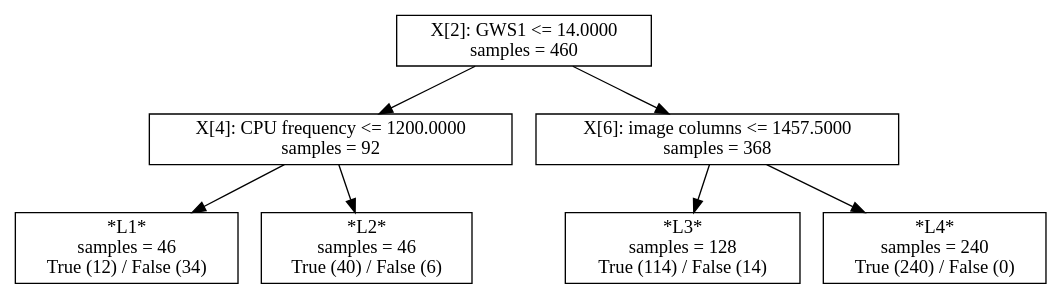
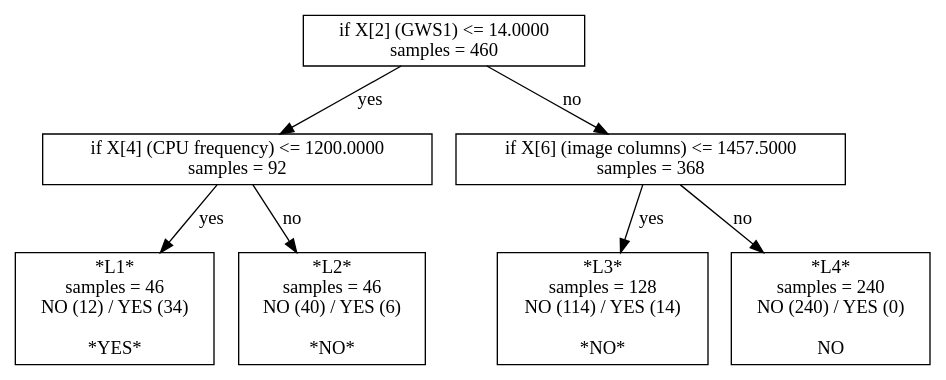
Before and after one commit to ctuning/reproduce-ck-paper-large-experiments: the diagram in script/reproduce-hog-modeling/t628-second-set-of-features-depth2/model-sklearn-dtc.model.dot, drawn with Graphviz. The commit also changed 199 other files, not shown here.

```diff
--- a/script/reproduce-hog-modeling/t628-second-set-of-features-depth2/model-sklearn-dtc.model.dot
+++ b/script/reproduce-hog-modeling/t628-second-set-of-features-depth2/model-sklearn-dtc.model.dot
@@ -1,15 +1,15 @@
 digraph Tree {
-0 [label="X[2]: GWS1 <= 14.0000\nsamples = 460", shape="box"] ;
-1 [label="X[4]: CPU frequency <= 1200.0000\nsamples = 92", shape="box"] ;
-0 -> 1 ;
-2 [label="*L1*\nsamples = 46\nTrue (12) / False (34)", shape="box"] ;
-1 -> 2 ;
-3 [label="*L2*\nsamples = 46\nTrue (40) / False (6)", shape="box"] ;
-1 -> 3 ;
-4 [label="X[6]: image columns <= 1457.5000\nsamples = 368", shape="box"] ;
-0 -> 4 ;
-5 [label="*L3*\nsamples = 128\nTrue (114) / False (14)", shape="box"] ;
-4 -> 5 ;
-6 [label="*L4*\nsamples = 240\nTrue (240) / False (0)", shape="box"] ;
-4 -> 6 ;
+0 [label="if X[2] (GWS1) <= 14.0000\nsamples = 460", shape="box"] ;
+1 [label="if X[4] (CPU frequency) <= 1200.0000\nsamples = 92", shape="box"] ;
+0 -> 1 [label="yes"];
+2 [label="*L1*\nsamples = 46\nNO (12) / YES (34)\n\n*YES*", shape="box"] ;
+1 -> 2 [label="yes"];
+3 [label="*L2*\nsamples = 46\nNO (40) / YES (6)\n\n*NO*", shape="box"] ;
+1 -> 3 [label="no"];
+4 [label="if X[6] (image columns) <= 1457.5000\nsamples = 368", shape="box"] ;
+0 -> 4 [label="no"];
+5 [label="*L3*\nsamples = 128\nNO (114) / YES (14)\n\n*NO*", shape="box"] ;
+4 -> 5 [label="yes"];
+6 [label="*L4*\nsamples = 240\nNO (240) / YES (0)\n\nNO", shape="box"] ;
+4 -> 6 [label="no"];
 }
```
